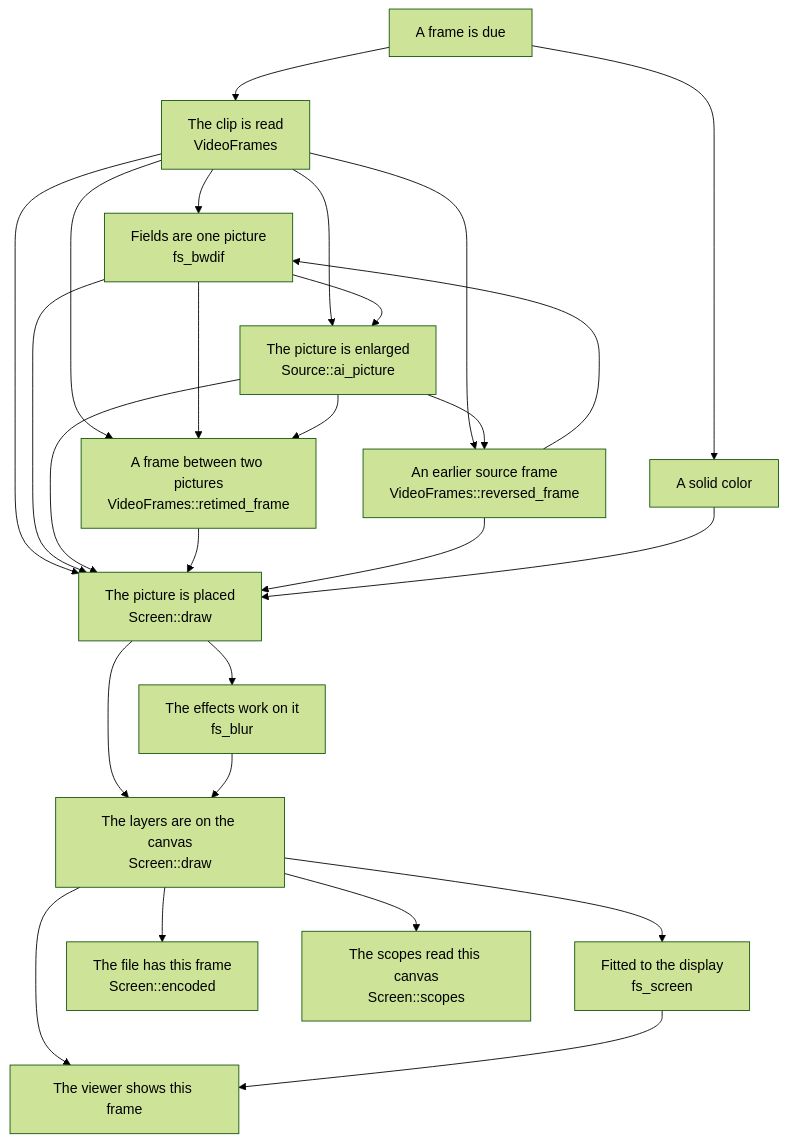
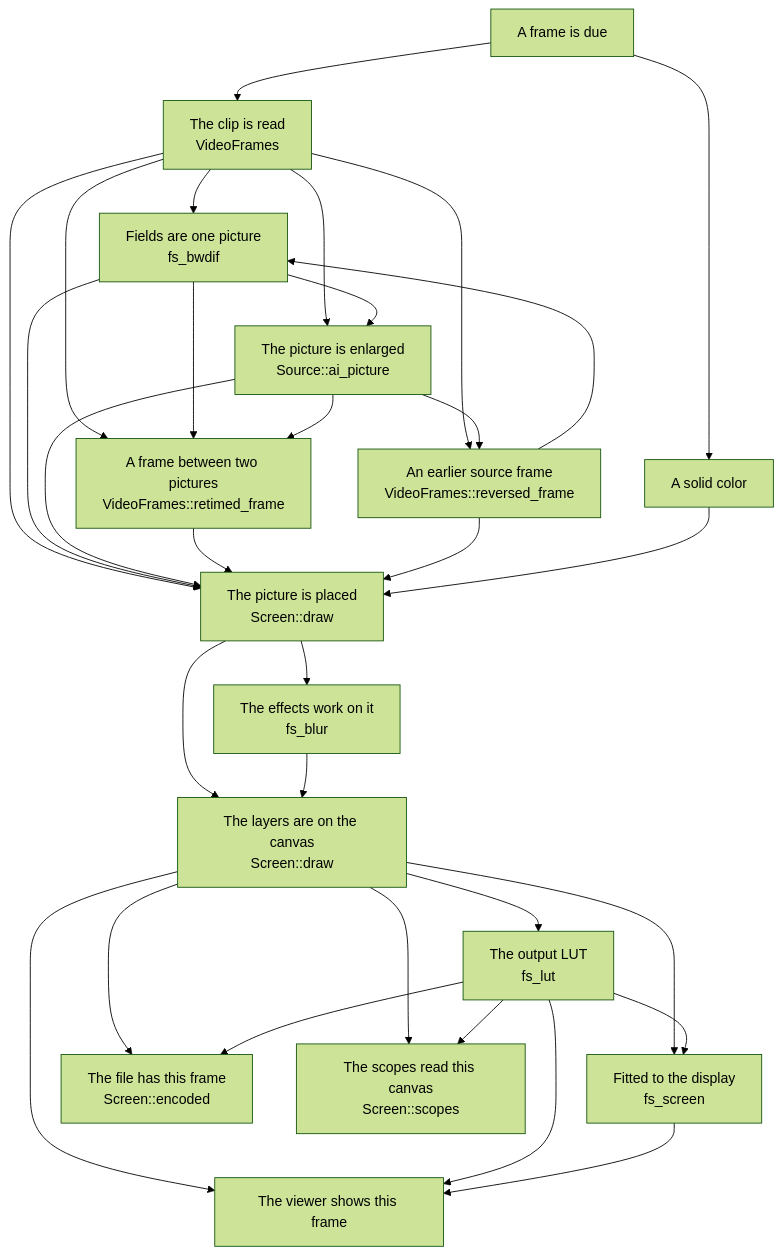
The third of 3 diagrams in docs/design/README.md (oittaa/vidcut), drawn with Mermaid (forest theme) before and after one commit. The commit also changed other lines of this file and 53 other files, not shown here.

First line of the commit message:
feat(color): an input LUT for each clip and an output LUT for the project (#892)

````diff
--- a/docs/design/README.md
+++ b/docs/design/README.md
@@ -61,42 +61,48 @@
 ```mermaid
 flowchart TD
   due["A frame is due"]
   read["The clip is read<br>VideoFrames"]
   solid["A solid color"]
   weave["Fields are one picture<br>fs_bwdif"]
   grow["The picture is enlarged<br>Source::ai_picture"]
   between["A frame between two pictures<br>VideoFrames::retimed_frame"]
   earlier["An earlier source frame<br>VideoFrames::reversed_frame"]
   place["The picture is placed<br>Screen::draw"]
   fx["The effects work on it<br>fs_blur"]
   mix["The layers are on the canvas<br>Screen::draw"]
+  looked["The output LUT<br>fs_lut"]
   show["The viewer shows this frame"]
   mapped["Fitted to the display<br>fs_screen"]
   file["The file has this frame<br>Screen::encoded"]
   scopes["The scopes read this canvas<br>Screen::scopes"]
   due --> read
   due --> solid
   read --> weave
   read --> grow
   read --> between
   read --> earlier
   read --> place
   weave --> grow
   weave --> between
   weave --> place
   grow --> between
   grow --> earlier
   grow --> place
   between --> place
   earlier --> weave
   earlier --> place
   solid --> place
   place --> fx
   place --> mix
   fx --> mix
+  mix --> looked
   mix --> show
   mix --> mapped
-  mapped --> show
   mix --> file
   mix --> scopes
+  looked --> show
+  looked --> mapped
+  looked --> file
+  looked --> scopes
+  mapped --> show
 ```
````
